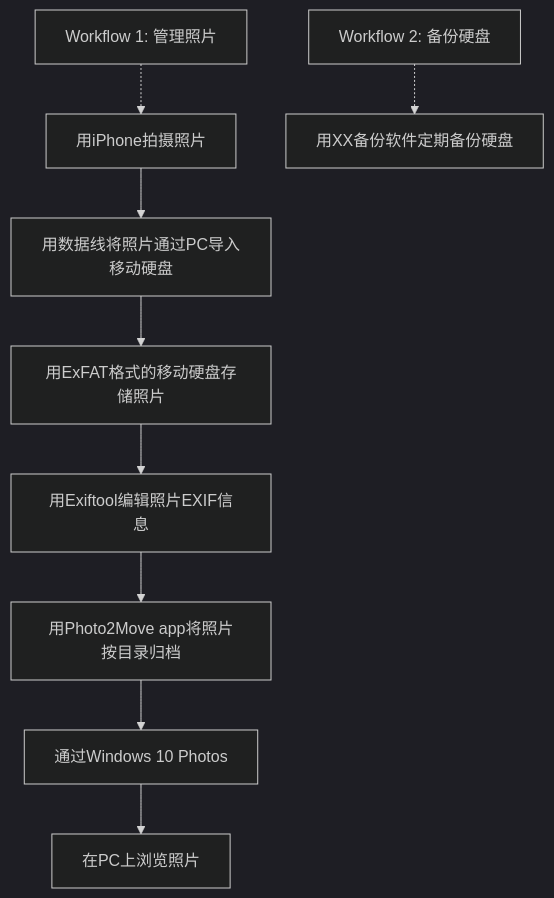
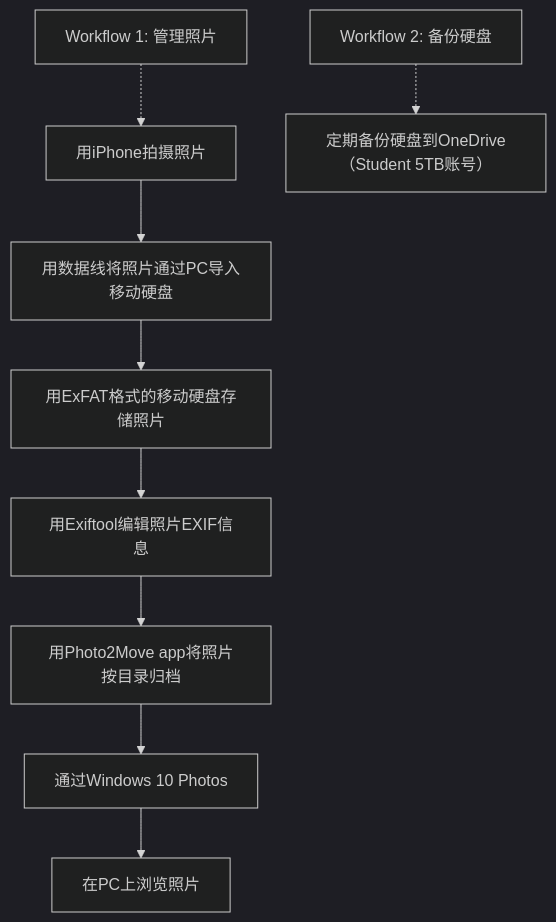
Before and after one commit to goooooouwa/writings: the diagram in _posts/productivity/2021-03-28-photo-management-setup.md, drawn with Mermaid (dark theme). The commit also changed other lines of this file, not shown here.

````diff
--- a/_posts/productivity/2021-03-28-photo-management-setup.md
+++ b/_posts/productivity/2021-03-28-photo-management-setup.md
@@ -9,16 +8,16 @@
-```mermaid
+<div class="mermaid">
     graph TD
     T1[Workflow 1: 管理照片] -.-> E
 
     E[用iPhone拍摄照片]
     E --> G[用数据线将照片通过PC导入移动硬盘]
     G --> A[用ExFAT格式的移动硬盘存储照片]
     A --> H[用Exiftool编辑照片EXIF信息]
     H --> C[用Photo2Move app将照片按目录归档]
     C --> B[通过Windows 10 Photos]
     B --> D[在PC上浏览照片]
 
     T2[Workflow 2: 备份硬盘] -.-> I
 
-    I[用XX备份软件定期备份硬盘]
-```
+    I[定期备份硬盘到OneDrive（Student 5TB账号）]
+</div>
````
